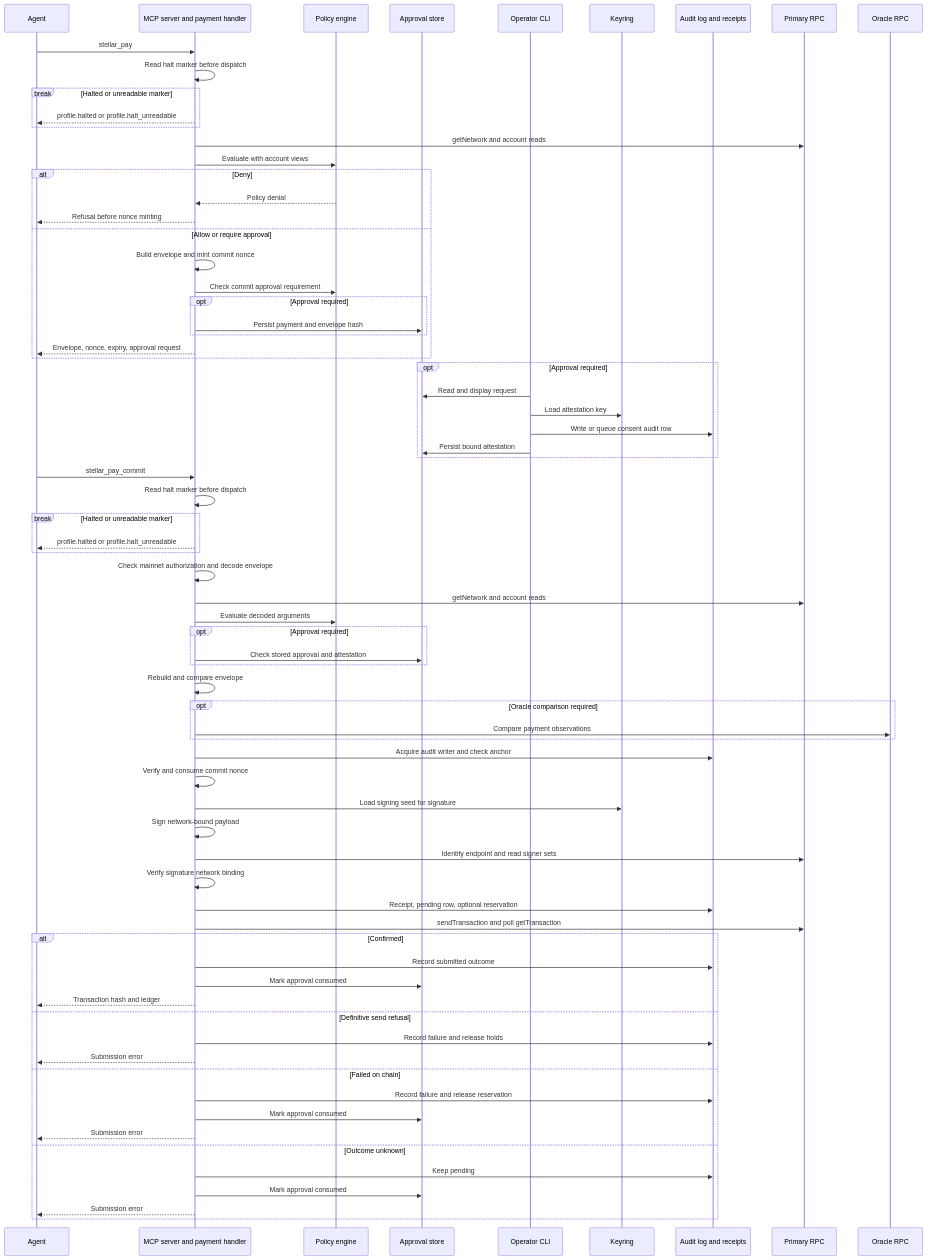
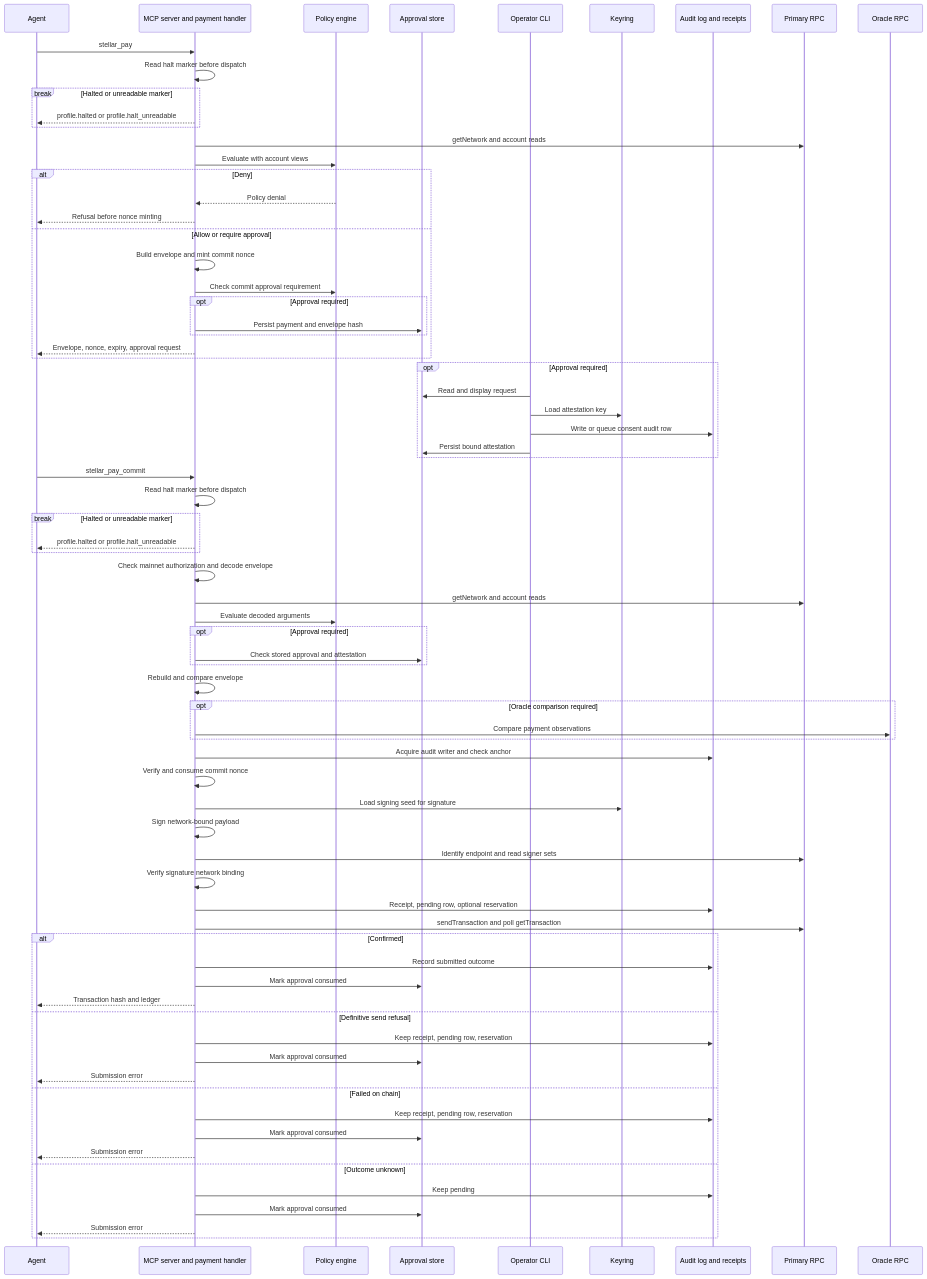
Before and after one commit to Soneso/stellar-agent-wallet: the second of 3 diagrams in docs/architecture.md, drawn with Mermaid. The commit also changed other lines of this file and 21 other files, not shown here.

````diff
--- a/docs/architecture.md
+++ b/docs/architecture.md
@@ -98,75 +98,76 @@
 ```mermaid
 sequenceDiagram
   participant A as Agent
   participant M as MCP server and payment handler
   participant P as Policy engine
   participant S as Approval store
   participant O as Operator CLI
   participant K as Keyring
   participant L as Audit log and receipts
   participant R as Primary RPC
   participant W as Oracle RPC
   A->>M: stellar_pay
   M->>M: Read halt marker before dispatch
   break Halted or unreadable marker
     M-->>A: profile.halted or profile.halt_unreadable
   end
   M->>R: getNetwork and account reads
   M->>P: Evaluate with account views
   alt Deny
     P-->>M: Policy denial
     M-->>A: Refusal before nonce minting
   else Allow or require approval
     M->>M: Build envelope and mint commit nonce
     M->>P: Check commit approval requirement
     opt Approval required
       M->>S: Persist payment and envelope hash
     end
     M-->>A: Envelope, nonce, expiry, approval request
   end
   opt Approval required
     O->>S: Read and display request
     O->>K: Load attestation key
     O->>L: Write or queue consent audit row
     O->>S: Persist bound attestation
   end
   A->>M: stellar_pay_commit
   M->>M: Read halt marker before dispatch
   break Halted or unreadable marker
     M-->>A: profile.halted or profile.halt_unreadable
   end
   M->>M: Check mainnet authorization and decode envelope
   M->>R: getNetwork and account reads
   M->>P: Evaluate decoded arguments
   opt Approval required
     M->>S: Check stored approval and attestation
   end
   M->>M: Rebuild and compare envelope
   opt Oracle comparison required
     M->>W: Compare payment observations
   end
   M->>L: Acquire audit writer and check anchor
   M->>M: Verify and consume commit nonce
   M->>K: Load signing seed for signature
   M->>M: Sign network-bound payload
   M->>R: Identify endpoint and read signer sets
   M->>M: Verify signature network binding
   M->>L: Receipt, pending row, optional reservation
   M->>R: sendTransaction and poll getTransaction
   alt Confirmed
     M->>L: Record submitted outcome
     M->>S: Mark approval consumed
     M-->>A: Transaction hash and ledger
   else Definitive send refusal
-    M->>L: Record failure and release holds
+    M->>L: Keep receipt, pending row, reservation
+    M->>S: Mark approval consumed
     M-->>A: Submission error
   else Failed on chain
-    M->>L: Record failure and release reservation
+    M->>L: Keep receipt, pending row, reservation
     M->>S: Mark approval consumed
     M-->>A: Submission error
   else Outcome unknown
     M->>L: Keep pending
     M->>S: Mark approval consumed
     M-->>A: Submission error
   end
 ```
````
